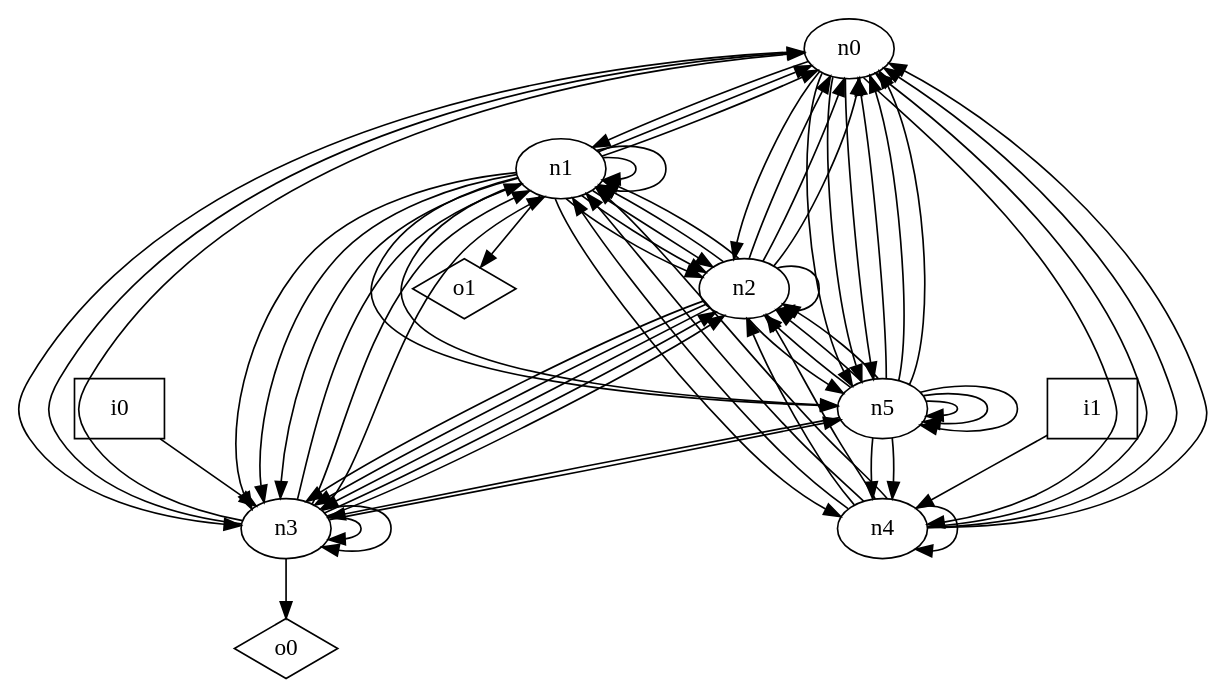
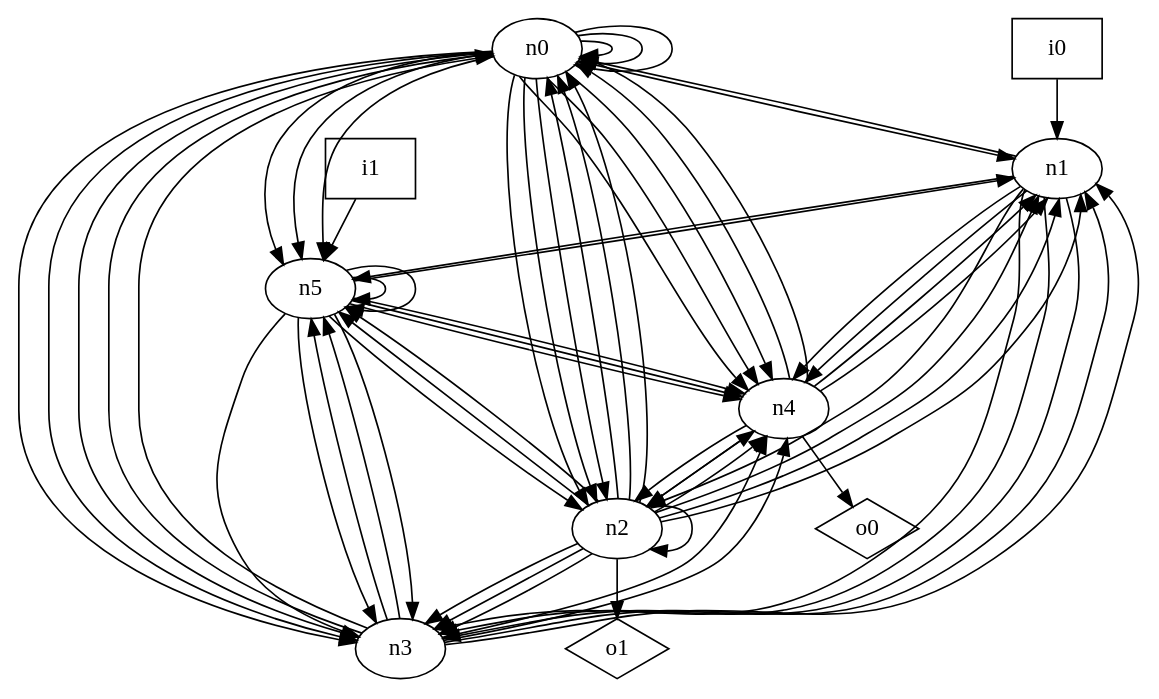
The diagram in dot_files/random_graph/graph.dot (p9romain/bool-circuits), drawn with Graphviz before and after one commit. The commit also changed 88 other files, not shown here.

```diff
--- a/dot_files/random_graph/graph.dot
+++ b/dot_files/random_graph/graph.dot
@@ -1,77 +1,78 @@
 digraph G {
 n0 [label="n0"];
 n1 [label="n1"];
 n2 [label="n2"];
 n3 [label="n3"];
 n4 [label="n4"];
 n5 [label="n5"];
 n6 [label="i0",shape="box"];
 n7 [label="i1",shape="box"];
 n8 [label="o0",shape="diamond"];
 n9 [label="o1",shape="diamond"];
+n0 -> n0
+n0 -> n0
+n0 -> n0
 n0 -> n1
 n0 -> n2
+n0 -> n2
+n0 -> n2
 n0 -> n3
+n0 -> n3
+n0 -> n3
+n0 -> n4
+n0 -> n4
 n0 -> n4
 n0 -> n5
 n0 -> n5
 n0 -> n5
 n1 -> n0
-n1 -> n0
-n1 -> n1
-n1 -> n1
-n1 -> n2
-n1 -> n2
 n1 -> n2
 n1 -> n3
 n1 -> n3
 n1 -> n3
 n1 -> n4
+n1 -> n4
 n1 -> n5
-n1 -> n5
-n1 -> n9
 n2 -> n0
 n2 -> n0
 n2 -> n0
+n2 -> n1
 n2 -> n1
 n2 -> n1
 n2 -> n2
 n2 -> n3
 n2 -> n3
 n2 -> n3
+n2 -> n4
+n2 -> n4
 n2 -> n5
+n2 -> n5
+n2 -> n9
 n3 -> n0
 n3 -> n0
 n3 -> n1
 n3 -> n1
-n3 -> n1
-n3 -> n2
-n3 -> n2
-n3 -> n3
-n3 -> n3
+n3 -> n4
+n3 -> n4
 n3 -> n5
-n3 -> n8
-n4 -> n0
+n3 -> n5
 n4 -> n0
 n4 -> n0
 n4 -> n1
 n4 -> n1
-n4 -> n1
 n4 -> n2
 n4 -> n2
-n4 -> n4
-n5 -> n0
-n5 -> n0
-n5 -> n0
-n5 -> n2
-n5 -> n2
+n4 -> n8
+n5 -> n1
 n5 -> n2
 n5 -> n3
+n5 -> n3
+n5 -> n3
+n5 -> n4
 n5 -> n4
 n5 -> n4
 n5 -> n5
 n5 -> n5
-n5 -> n5
-n6 -> n3
-n7 -> n4
+n6 -> n1
+n7 -> n5
 }
```
